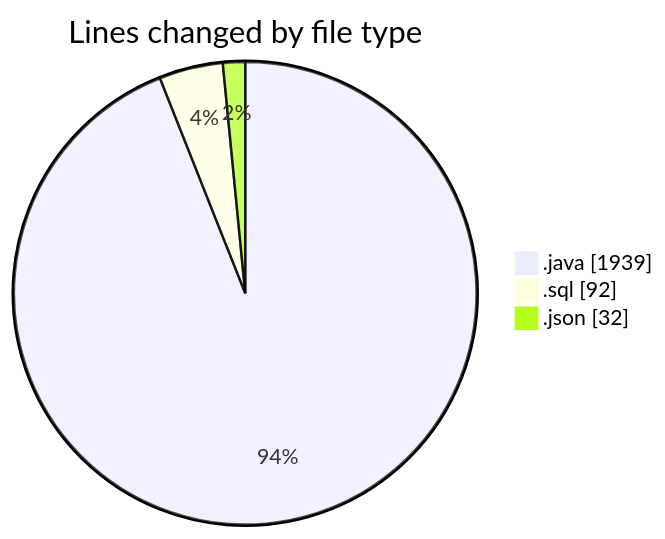
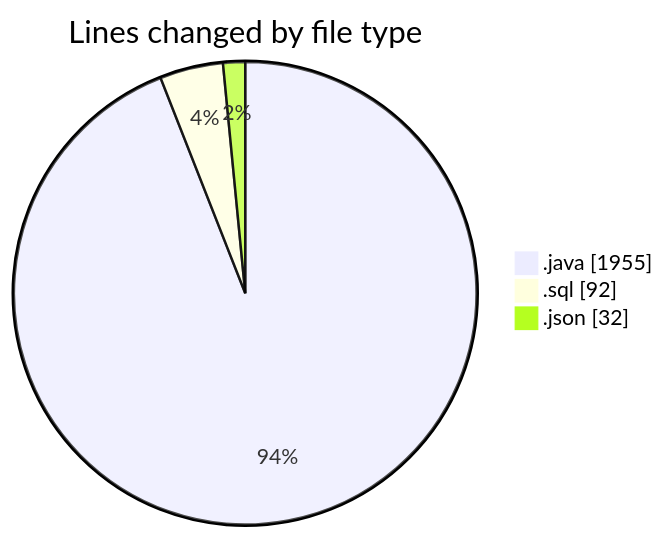
The first of 2 diagrams in 2026-06-23/cilapp/README.md (ricardozamudiocil/code-tracking), drawn with Mermaid before and after one commit. The commit also changed other lines of this file and 1 other file, not shown here.

````diff
--- a/2026-06-23/cilapp/README.md
+++ b/2026-06-23/cilapp/README.md
@@ -24,7 +24,7 @@
 ```mermaid
 pie showData
 title Lines changed by file type
-".java" : 1939
+".java" : 1955
 ".sql" : 92
 ".json" : 32
 ```
````
